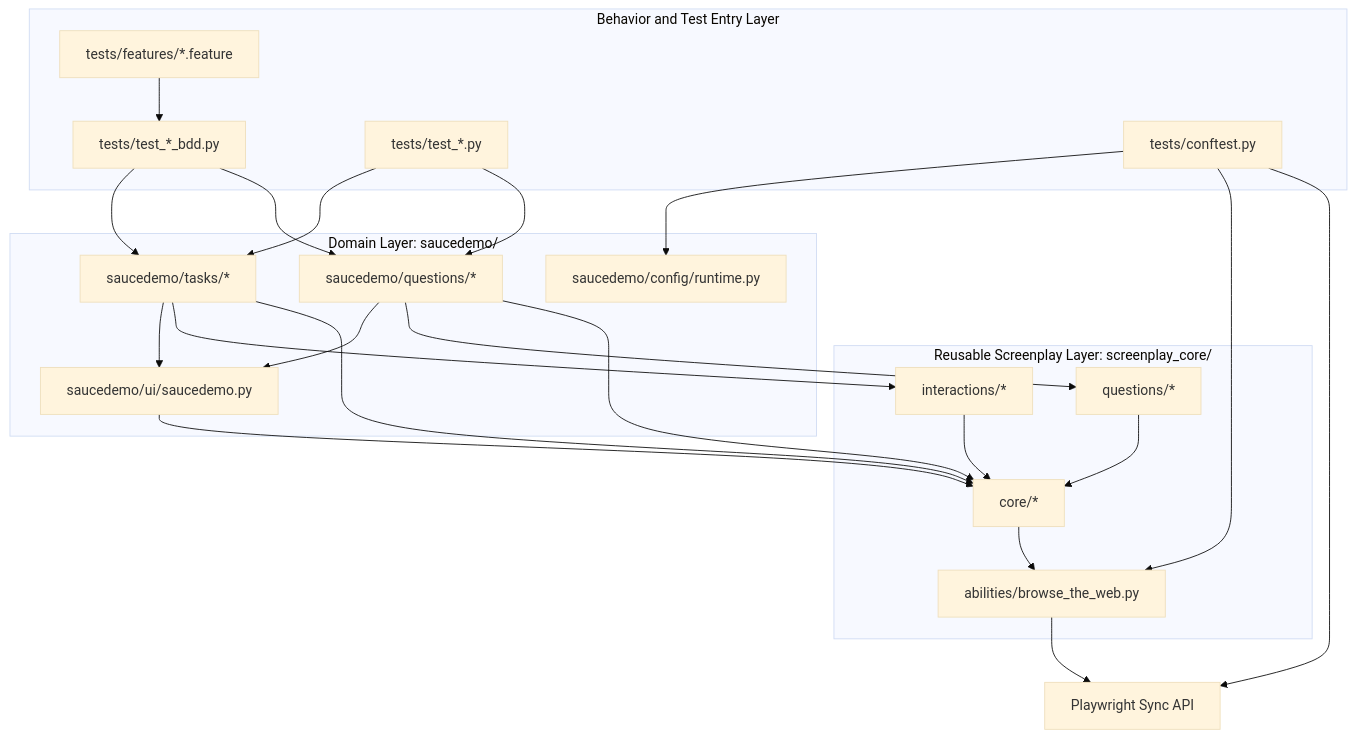
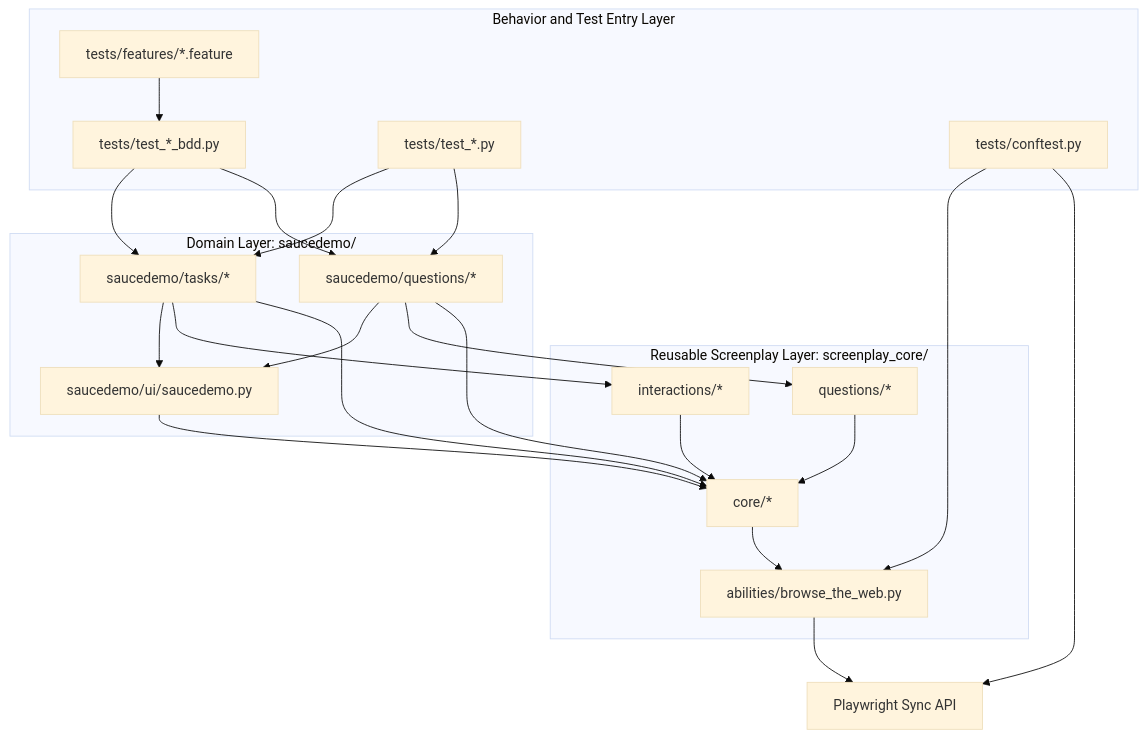
The first of 5 diagrams in docs/architecture.md (stansiris/playwright-pytest-screenplay-framework), drawn with Mermaid (base theme) before and after one commit. The commit also changed other lines of this file and 8 other files, not shown here.

Commit message:
Simplify pytest runtime config and align docs

````diff
--- a/docs/architecture.md
+++ b/docs/architecture.md
@@ -11,47 +11,45 @@
 ```mermaid
 flowchart TB
   subgraph Behavior["Behavior and Test Entry Layer"]
     F[tests/features/*.feature]
     BDD[tests/test_*_bdd.py]
     PYT[tests/test_*.py]
     CONF[tests/conftest.py]
   end
 
   subgraph Domain["Domain Layer: saucedemo/"]
     ST[saucedemo/tasks/*]
     SQ[saucedemo/questions/*]
     SUI[saucedemo/ui/saucedemo.py]
-    SRC[saucedemo/config/runtime.py]
   end
 
   subgraph Core["Reusable Screenplay Layer: screenplay_core/"]
     CCORE[core/*]
     CAB[abilities/browse_the_web.py]
     CINT[interactions/*]
     CQUE[questions/*]
   end
 
   PW[Playwright Sync API]
 
   F --> BDD
   BDD --> ST
   BDD --> SQ
   PYT --> ST
   PYT --> SQ
-  CONF --> SRC
   CONF --> CAB
   CONF --> PW
 
   ST --> SUI
   SQ --> SUI
   ST --> CINT
   SQ --> CQUE
   ST --> CCORE
   SQ --> CCORE
   SUI --> CCORE
 
   CINT --> CCORE
   CQUE --> CCORE
   CCORE --> CAB
   CAB --> PW
 ```
````
